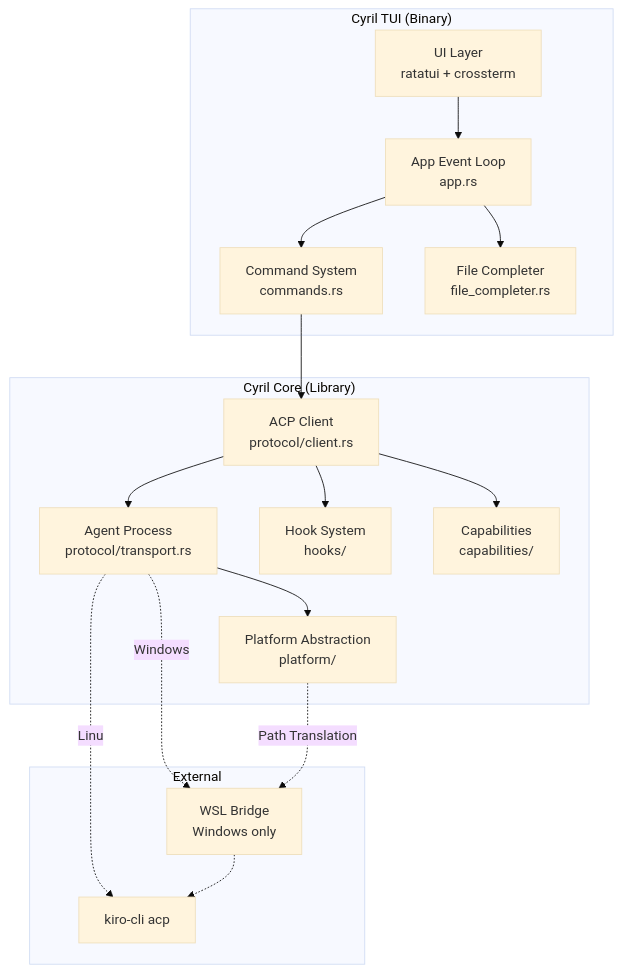
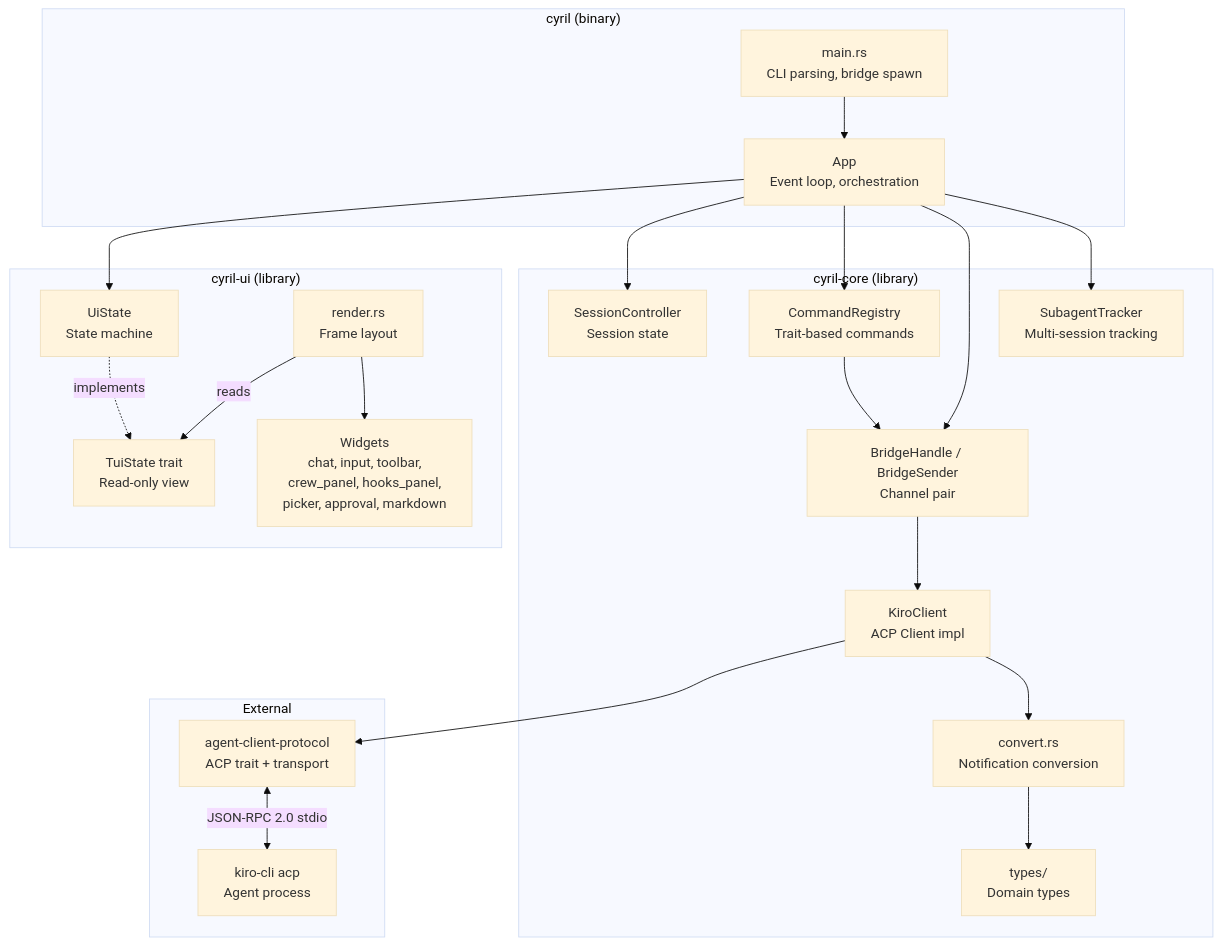
Before and after one commit to dwalleck/cyril: the first of 7 diagrams in .agents/summary/architecture.md, drawn with Mermaid (base theme). The commit also changed other lines of this file and 9 other files, not shown here.

````diff
--- a/.agents/summary/architecture.md
+++ b/.agents/summary/architecture.md
@@ -9,37 +9,45 @@
 ```mermaid
 graph TB
-    subgraph "Cyril TUI (Binary)"
-        UI[UI Layer<br/>ratatui + crossterm]
-        App[App Event Loop<br/>app.rs]
-        Cmd[Command System<br/>commands.rs]
-        FC[File Completer<br/>file_completer.rs]
+    subgraph "cyril (binary)"
+        MAIN[main.rs<br/>CLI parsing, bridge spawn]
+        APP[App<br/>Event loop, orchestration]
     end
-    
-    subgraph "Cyril Core (Library)"
-        Client[ACP Client<br/>protocol/client.rs]
-        Transport[Agent Process<br/>protocol/transport.rs]
-        Platform[Platform Abstraction<br/>platform/]
-        Hooks[Hook System<br/>hooks/]
-        Caps[Capabilities<br/>capabilities/]
+
+    subgraph "cyril-ui (library)"
+        STATE[UiState<br/>State machine]
+        RENDER[render.rs<br/>Frame layout]
+        WIDGETS[Widgets<br/>chat, input, toolbar,<br/>crew_panel, hooks_panel,<br/>picker, approval, markdown]
+        TRAITS[TuiState trait<br/>Read-only view]
     end
-    
+
+    subgraph "cyril-core (library)"
+        BRIDGE[BridgeHandle / BridgeSender<br/>Channel pair]
+        CLIENT[KiroClient<br/>ACP Client impl]
+        CONVERT[convert.rs<br/>Notification conversion]
+        COMMANDS[CommandRegistry<br/>Trait-based commands]
+        SESSION[SessionController<br/>Session state]
+        SUBAGENT[SubagentTracker<br/>Multi-session tracking]
+        TYPES[types/<br/>Domain types]
+    end
+
     subgraph "External"
-        Agent[kiro-cli acp]
-        WSL[WSL Bridge<br/>Windows only]
+        KIRO[kiro-cli acp<br/>Agent process]
+        ACP_CRATE[agent-client-protocol<br/>ACP trait + transport]
     end
-    
-    UI --> App
-    App --> Cmd
-    App --> FC
-    Cmd --> Client
-    Client --> Transport
-    Transport --> Platform
-    Client --> Hooks
-    Client --> Caps
-    
-    Transport -.Linux.-> Agent
-    Transport -.Windows.-> WSL
-    WSL -.-> Agent
-    
-    Platform -.Path Translation.-> WSL
+
+    MAIN --> APP
+    APP --> STATE
+    APP --> SESSION
+    APP --> COMMANDS
+    APP --> BRIDGE
+    STATE -.->|implements| TRAITS
+    RENDER -->|reads| TRAITS
+    RENDER --> WIDGETS
+    BRIDGE --> CLIENT
+    CLIENT --> ACP_CRATE
+    CLIENT --> CONVERT
+    ACP_CRATE <-->|JSON-RPC 2.0 stdio| KIRO
+    CONVERT --> TYPES
+    COMMANDS --> BRIDGE
+    APP --> SUBAGENT
 ```
````
